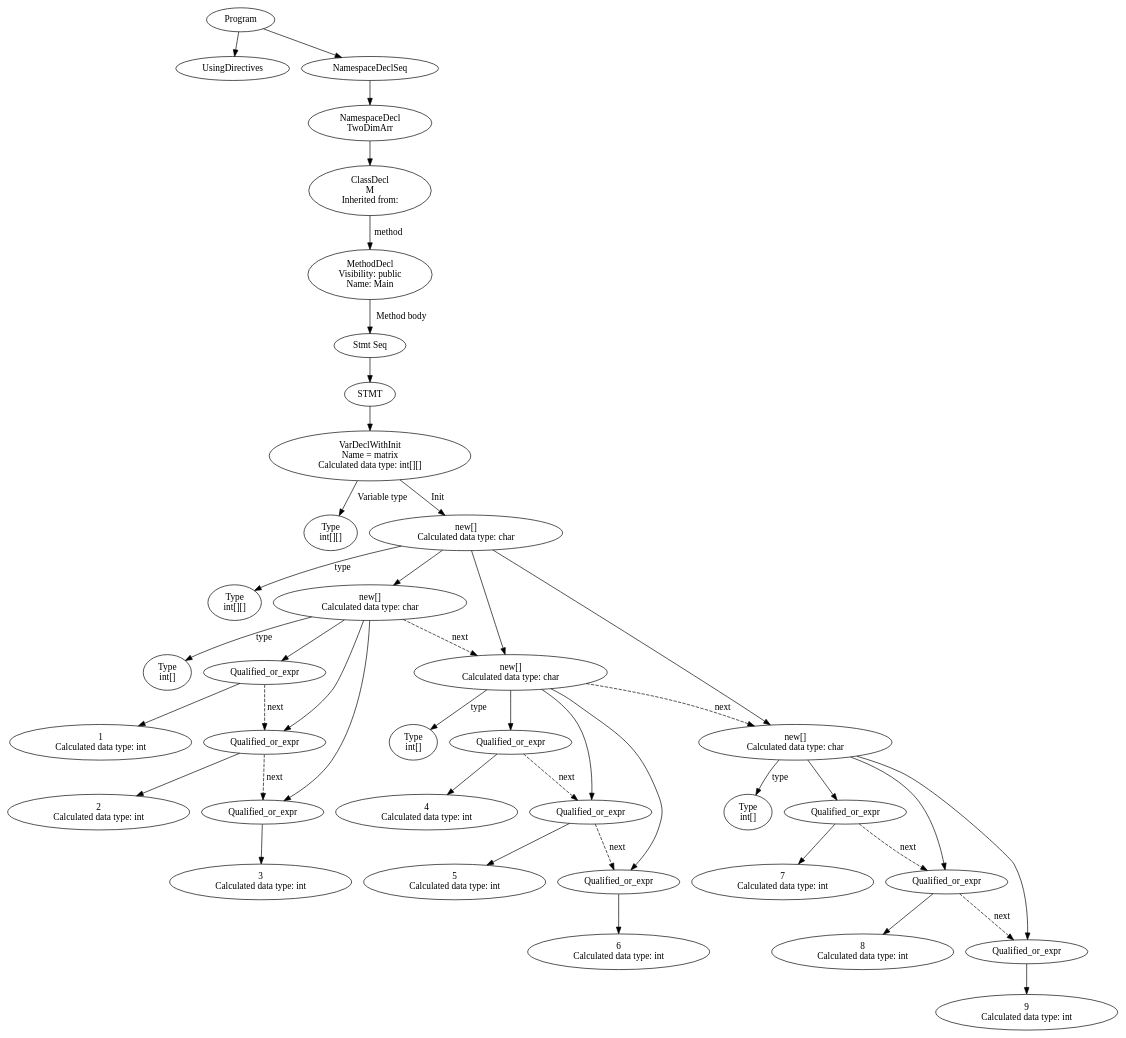
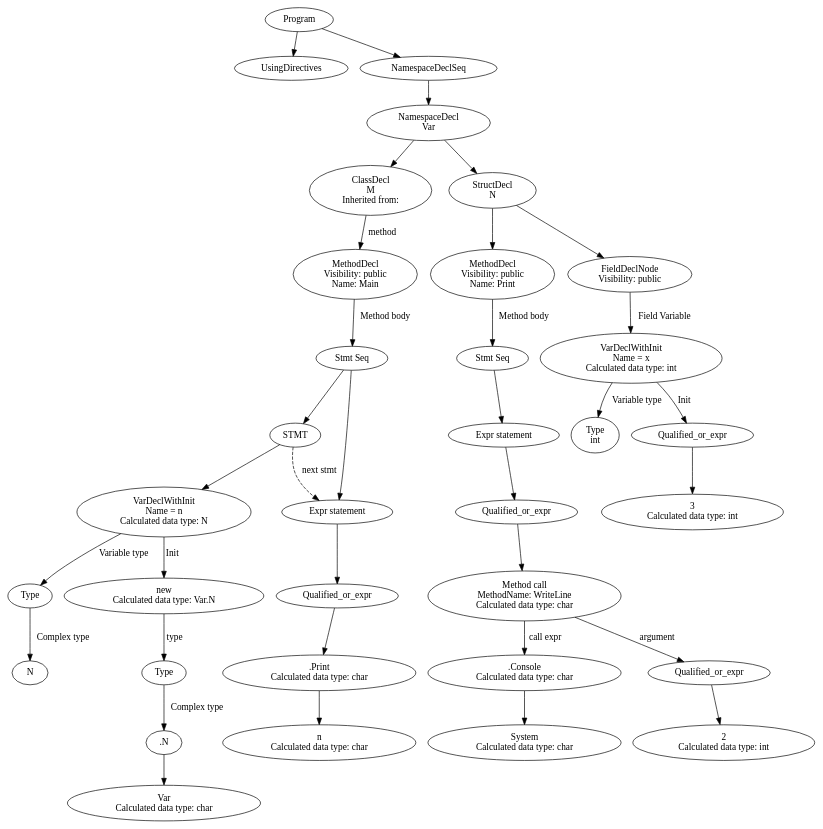
One commit to SergeyGT/CSharp_Compiler changed the diagram in lexer-build/ast.dot. Above: the diagram before and after it, drawn with Graphviz. The commit also changed 7 other files, not shown here.

```diff
--- a/lexer-build/ast.dot
+++ b/lexer-build/ast.dot
@@ -1,81 +1,70 @@
 digraph Program {
-42 [label="Program"]
+39 [label="Program"]
 0 [label="UsingDirectives"]
-41 [label="NamespaceDeclSeq"]
-40 [label="NamespaceDecl\nTwoDimArr"]
-38 [label="ClassDecl\nM\nInherited from: "]
-36 [label="MethodDecl\nVisibility: public\nName: Main"]
-35 [label="Stmt Seq"]
-34 [label="STMT"]
-33 [label="VarDeclWithInit\nName = matrix\nCalculated data type: int[][]"]
-2 [label="Type\nint[][]"]
-33 -> 2 [label="Variable type"]
-32 [label="new[]\nCalculated data type: char"]
-3 [label="Type\nint[][]"]
-32 -> 3 [label="type"]
-12 [label="new[]\nCalculated data type: char"]
-4 [label="Type\nint[]"]
-12 -> 4 [label="type"]
-6 [label="Qualified_or_expr"]
-5 [label="1\nCalculated data type: int"]
-6 -> 5
-12 -> 6
-9 [label="Qualified_or_expr"]
-8 [label="2\nCalculated data type: int"]
+38 [label="NamespaceDeclSeq"]
+37 [label="NamespaceDecl\nVar"]
+17 [label="ClassDecl\nM\nInherited from: "]
+15 [label="MethodDecl\nVisibility: public\nName: Main"]
+10 [label="Stmt Seq"]
+9 [label="STMT"]
+8 [label="VarDeclWithInit\nName = n\nCalculated data type: N"]
+3 [label="Type"]
+2 [label="N"]
+3 -> 2 [label="Complex type"]
+8 -> 3 [label="Variable type"]
+7 [label="new\nCalculated data type: Var.N"]
+6 [label="Type"]
+5 [label=".N"]
+4 [label="Var\nCalculated data type: char"]
+5 -> 4
+6 -> 5 [label="Complex type"]
+7 -> 6 [label="type"]
+8 -> 7 [label="Init"]
 9 -> 8
-12 -> 9
-6 -> 9 [label="next"][style="dashed"]
-11 [label="Qualified_or_expr"]
-10 [label="3\nCalculated data type: int"]
-11 -> 10
+10 -> 9
+14 [label="Expr statement"]
+13 [label="Qualified_or_expr"]
+12 [label=".Print\nCalculated data type: char"]
+11 [label="n\nCalculated data type: char"]
 12 -> 11
-9 -> 11 [label="next"][style="dashed"]
-32 -> 12
-22 [label="new[]\nCalculated data type: char"]
-14 [label="Type\nint[]"]
-22 -> 14 [label="type"]
-16 [label="Qualified_or_expr"]
-15 [label="4\nCalculated data type: int"]
-16 -> 15
-22 -> 16
-19 [label="Qualified_or_expr"]
-18 [label="5\nCalculated data type: int"]
-19 -> 18
-22 -> 19
-16 -> 19 [label="next"][style="dashed"]
+13 -> 12
+14 -> 13
+10 -> 14
+9 -> 14 [label="next stmt"][style="dashed"]
+15 -> 10 [label="Method body"]
+17 -> 15 [label="method"]
+37 -> 17
+36 [label="StructDecl\nN"]
+35 [label="MethodDecl\nVisibility: public\nName: Print"]
+34 [label="Stmt Seq"]
+33 [label="Expr statement"]
+32 [label="Qualified_or_expr"]
+31 [label="Method call\nMethodName: WriteLine\nCalculated data type: char"]
+27 [label=".Console\nCalculated data type: char"]
+26 [label="System\nCalculated data type: char"]
+27 -> 26
+31 -> 27 [label="call expr"]
+29 [label="Qualified_or_expr"]
+28 [label="2\nCalculated data type: int"]
+29 -> 28
+31 -> 29 [label="argument"]
+32 -> 31
+33 -> 32
+34 -> 33
+35 -> 34 [label="Method body"]
+36 -> 35
+23 [label="FieldDeclNode\nVisibility: public"]
+22 [label="VarDeclWithInit\nName = x\nCalculated data type: int"]
+19 [label="Type\nint"]
+22 -> 19 [label="Variable type"]
 21 [label="Qualified_or_expr"]
-20 [label="6\nCalculated data type: int"]
+20 [label="3\nCalculated data type: int"]
 21 -> 20
-22 -> 21
-19 -> 21 [label="next"][style="dashed"]
-32 -> 22
-12 -> 22 [label="next"][style="dashed"]
-31 [label="new[]\nCalculated data type: char"]
-23 [label="Type\nint[]"]
-31 -> 23 [label="type"]
-25 [label="Qualified_or_expr"]
-24 [label="7\nCalculated data type: int"]
-25 -> 24
-31 -> 25
-28 [label="Qualified_or_expr"]
-27 [label="8\nCalculated data type: int"]
-28 -> 27
-31 -> 28
-25 -> 28 [label="next"][style="dashed"]
-30 [label="Qualified_or_expr"]
-29 [label="9\nCalculated data type: int"]
-30 -> 29
-31 -> 30
-28 -> 30 [label="next"][style="dashed"]
-32 -> 31
-22 -> 31 [label="next"][style="dashed"]
-33 -> 32 [label="Init"]
-34 -> 33
-35 -> 34
-36 -> 35 [label="Method body"]
-38 -> 36 [label="method"]
-40 -> 38
-41 -> 40
-42 -> 0
-42 -> 41
+22 -> 21 [label="Init"]
+23 -> 22 [label="Field Variable"]
+36 -> 23
+37 -> 36
+38 -> 37
+39 -> 0
+39 -> 38
 }
```
